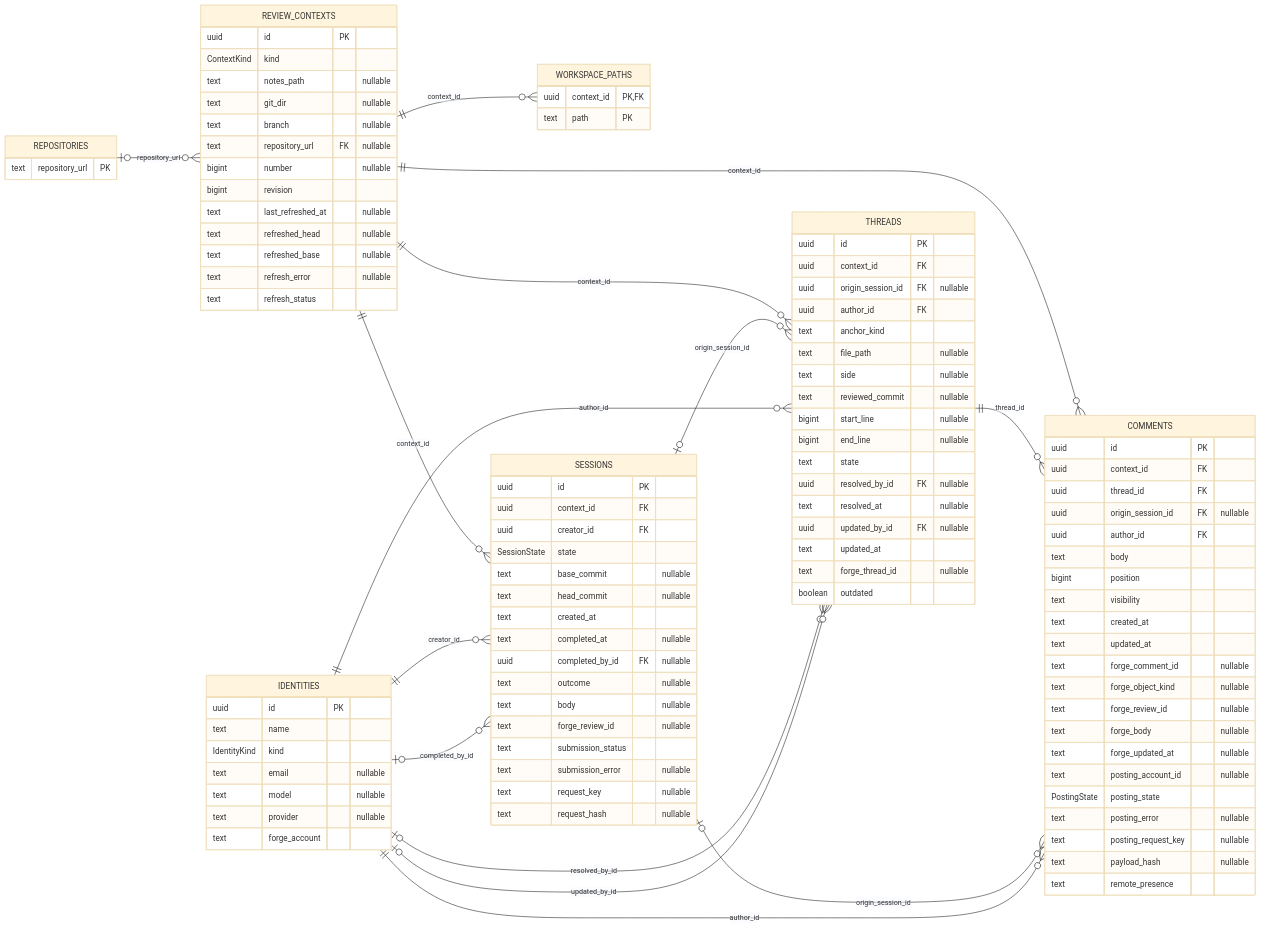
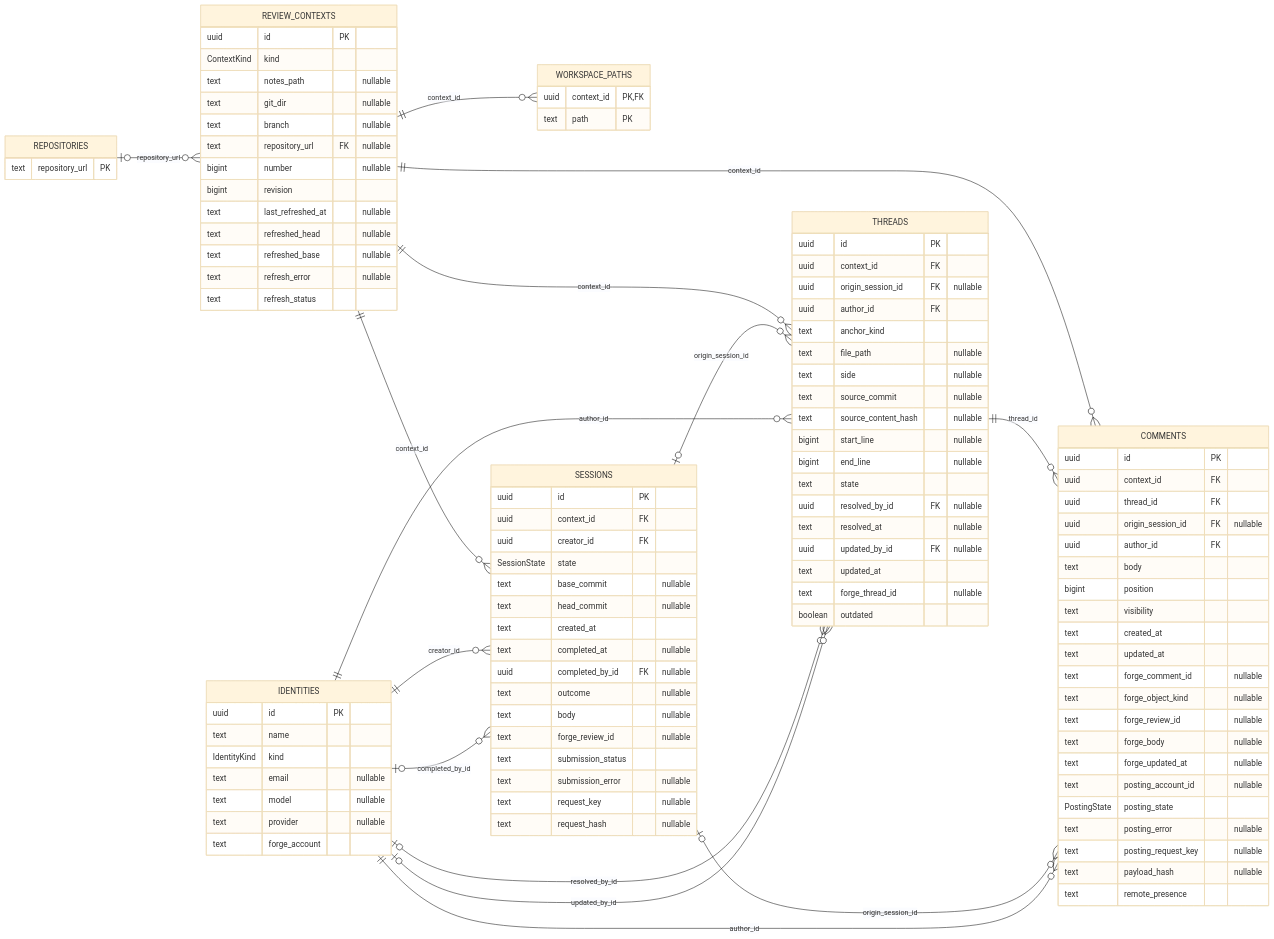
The third of 4 diagrams in docs/architecture/backend/index.md (difflab-io/lgtm), drawn with Mermaid (base theme) before and after one commit. The commit also changed other lines of this file and 39 other files, not shown here.

```diff
--- a/docs/architecture/backend/index.md
+++ b/docs/architecture/backend/index.md
@@ -186,7 +186,8 @@
         text anchor_kind
         text file_path "nullable"
         text side "nullable"
-        text reviewed_commit "nullable"
+        text source_commit "nullable"
+        text source_content_hash "nullable"
         bigint start_line "nullable"
         bigint end_line "nullable"
         text state
```
